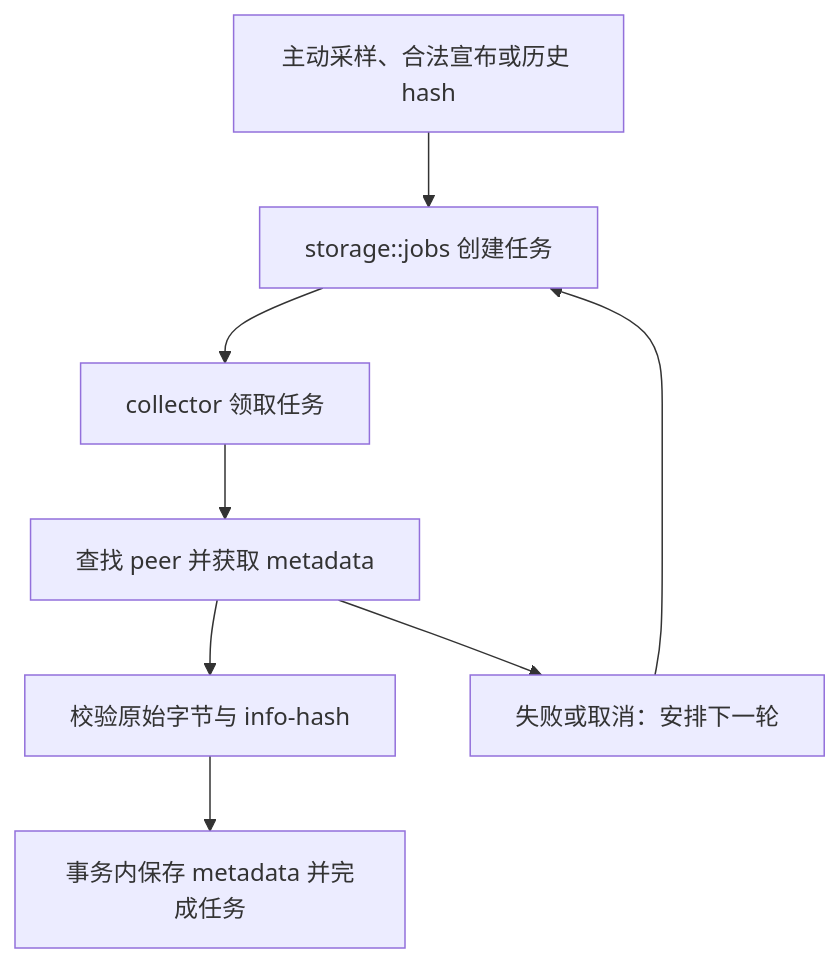
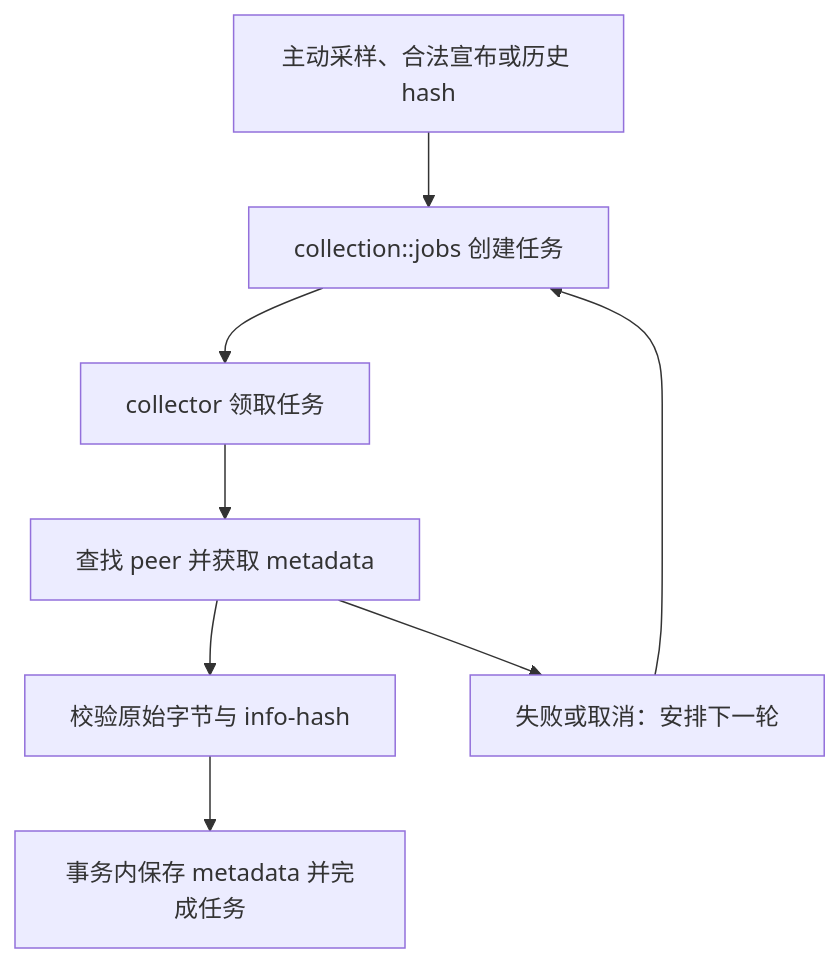
The first of 2 diagrams in docs/getting-started.md (zzwtsy/bt-sniffer), drawn with Mermaid before and after one commit. The commit also changed other lines of this file and 160 other files, not shown here.

````diff
--- a/docs/getting-started.md
+++ b/docs/getting-started.md
@@ -9,10 +9,10 @@
 ```mermaid
 flowchart TD
-    discovery[主动采样、合法宣布或历史 hash] --> jobs[storage::jobs 创建任务]
+    discovery[主动采样、合法宣布或历史 hash] --> jobs[collection::jobs 创建任务]
     jobs --> claim[collector 领取任务]
     claim --> lookup[查找 peer 并获取 metadata]
     lookup --> verify[校验原始字节与 info-hash]
     verify --> complete[事务内保存 metadata 并完成任务]
     lookup --> retry[失败或取消：安排下一轮]
     retry --> jobs
 ```
````
